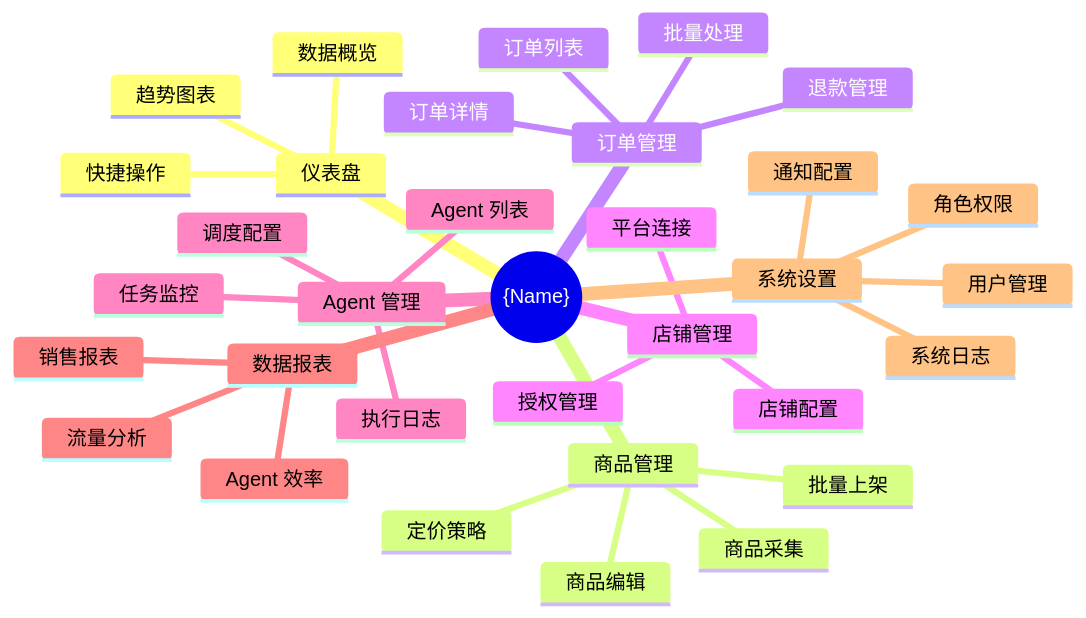
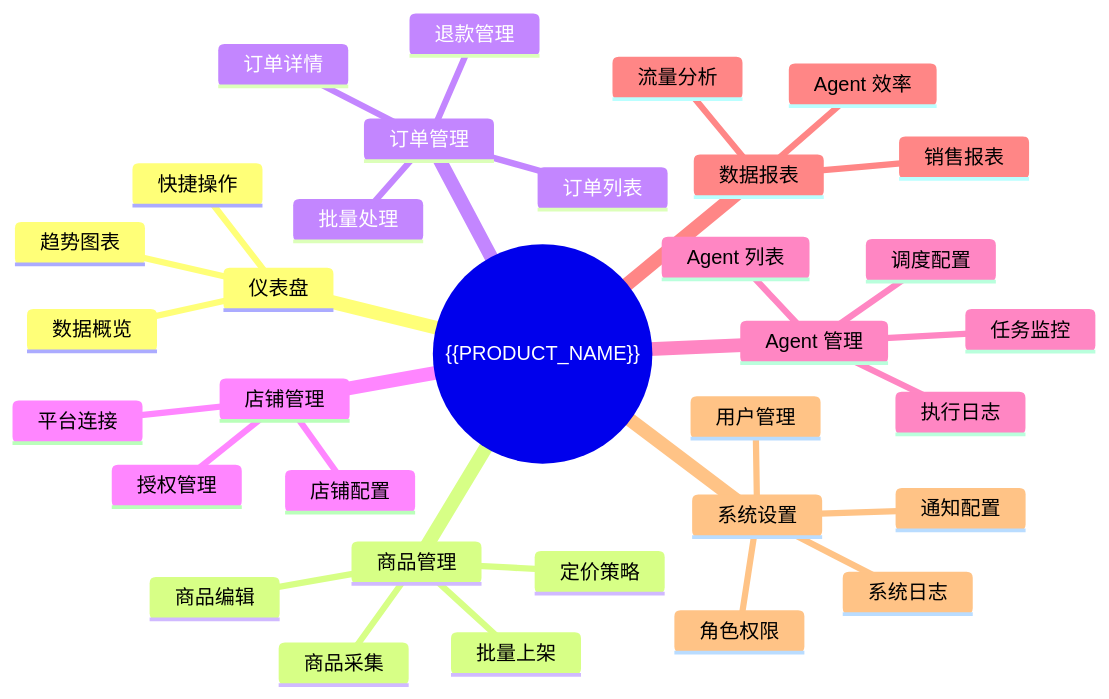
One commit to full-stack-skills/document-skills changed the first of 6 diagrams in skills/full-stack-doc/templates/root/10、功能菜单与版本规划.md. Above: the diagram before and after it, drawn with Mermaid. The commit also changed other lines of this file and 59 other files, not shown here.

````diff
--- a/skills/full-stack-doc/templates/root/10、功能菜单与版本规划.md
+++ b/skills/full-stack-doc/templates/root/10、功能菜单与版本规划.md
@@ -12,36 +14,36 @@
 ```mermaid
 mindmap
-  root(("{Name}"))
+  root(("{{PRODUCT_NAME}}"))
     仪表盘
       数据概览
       趋势图表
       快捷操作
     商品管理
       商品采集
       商品编辑
       批量上架
       定价策略
     订单管理
       订单列表
       订单详情
       批量处理
       退款管理
     店铺管理
       平台连接
       店铺配置
       授权管理
     Agent 管理
       Agent 列表
       任务监控
       执行日志
       调度配置
     数据报表
       销售报表
       流量分析
       Agent 效率
     系统设置
       用户管理
       角色权限
       通知配置
       系统日志
 ```
````
